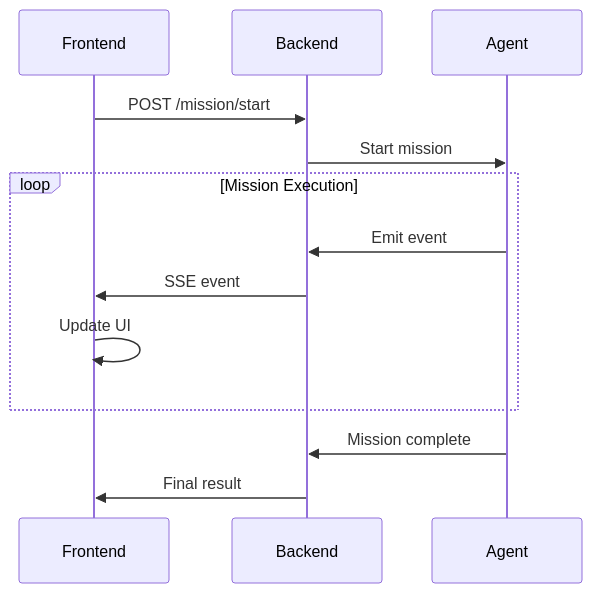
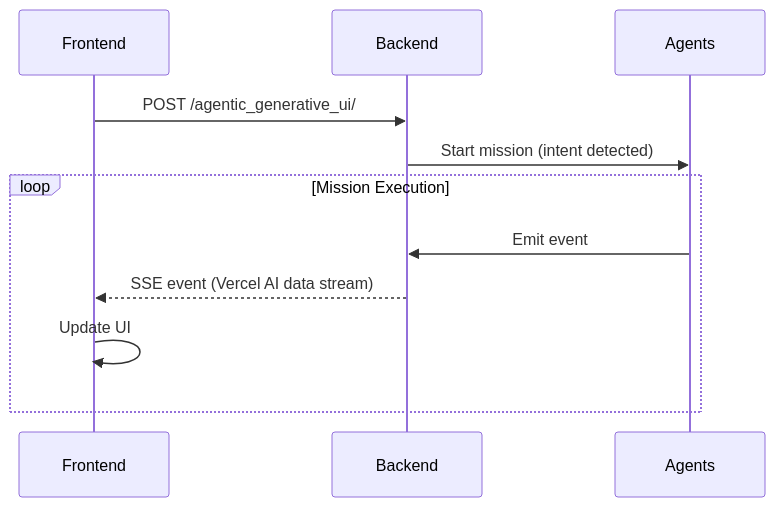
Before and after one commit to mikewcasale/agent-k: the diagram in backend/docs/ui/ag-ui.md, drawn with Mermaid. The commit also changed other lines of this file and 22 other files, not shown here.

````diff
--- a/backend/docs/ui/ag-ui.md
+++ b/backend/docs/ui/ag-ui.md
@@ -7,18 +7,15 @@
 ```mermaid
 sequenceDiagram
     participant F as Frontend
     participant B as Backend
-    participant A as Agent
-    
-    F->>B: POST /mission/start
-    B->>A: Start mission
-    
+    participant A as Agents
+
+    F->>B: POST /agentic_generative_ui/
+    B->>A: Start mission (intent detected)
+
     loop Mission Execution
         A->>B: Emit event
-        B->>F: SSE event
+        B-->>F: SSE event (Vercel AI data stream)
         F->>F: Update UI
     end
-    
-    A->>B: Mission complete
-    B->>F: Final result
 ```
````
